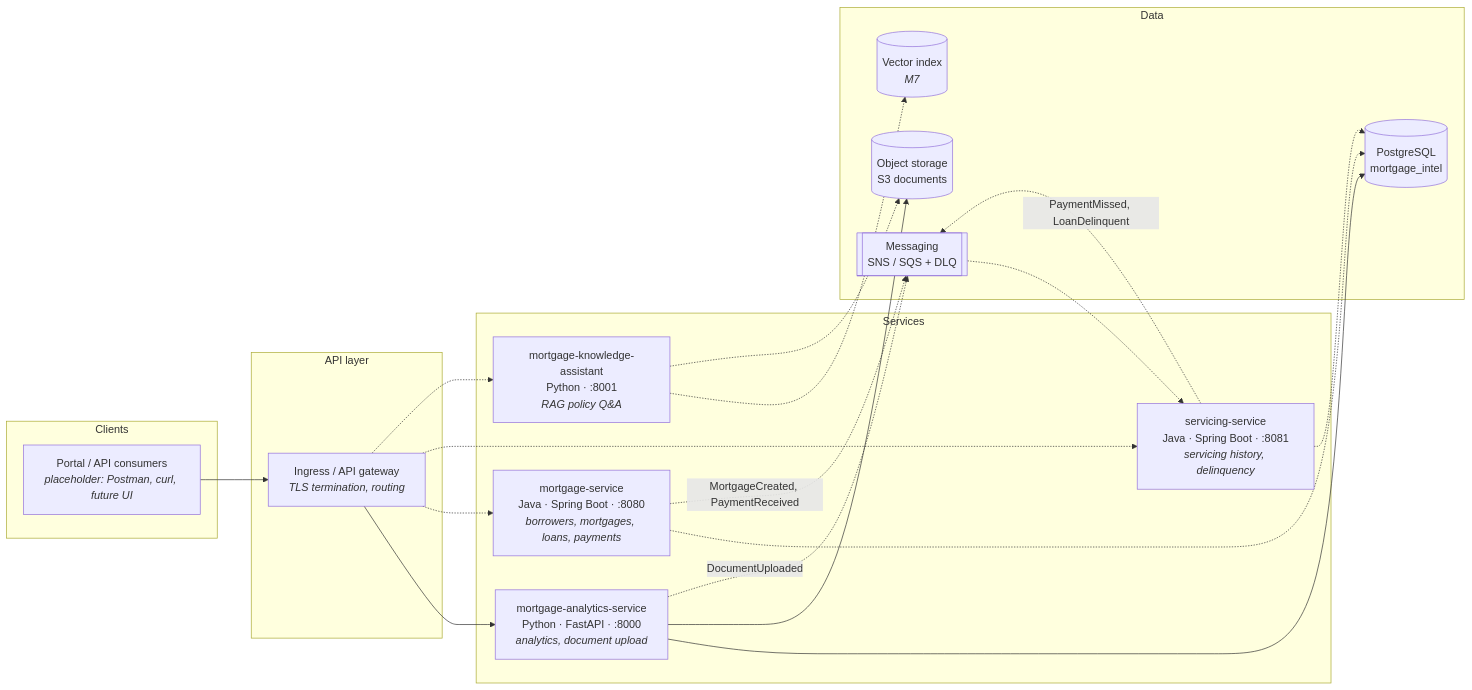
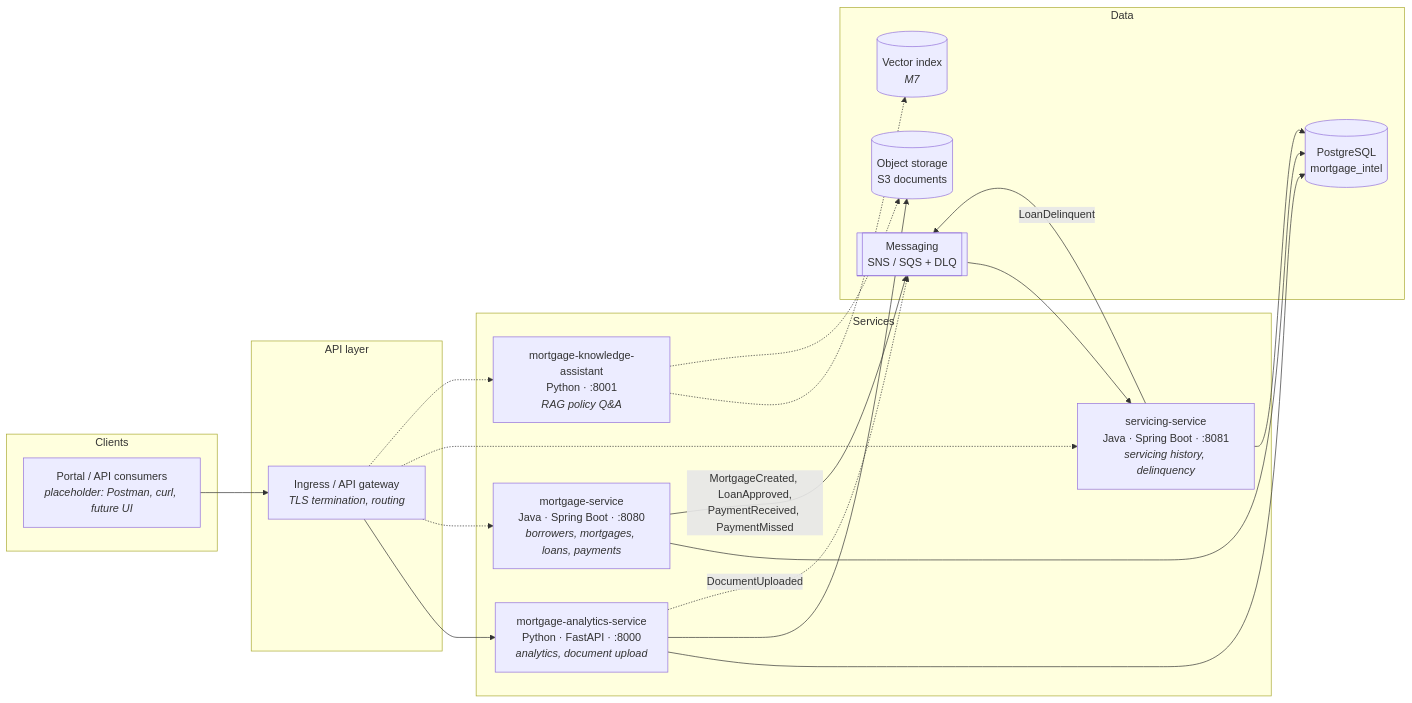
One commit to jeevssx/mortgage-intelligence-platform changed the diagram in docs/architecture/application-architecture.md. Above: the diagram before and after it, drawn with Mermaid. The commit also changed other lines of this file and 8 other files, not shown here.

First line of the commit message:
docs(m5): ADR-002, service ownership matrix, event catalog and schemas

````diff
--- a/docs/architecture/application-architecture.md
+++ b/docs/architecture/application-architecture.md
@@ -5,41 +5,41 @@
 ```mermaid
 flowchart LR
     subgraph Clients
         PORTAL[Portal / API consumers<br/><i>placeholder: Postman, curl, future UI</i>]
     end
 
     subgraph API["API layer"]
         GW[Ingress / API gateway<br/><i>TLS termination, routing</i>]
     end
 
     subgraph Services
         MS[mortgage-service<br/>Java · Spring Boot · :8080<br/><i>borrowers, mortgages, loans, payments</i>]
         SS[servicing-service<br/>Java · Spring Boot · :8081<br/><i>servicing history, delinquency</i>]
         AS[mortgage-analytics-service<br/>Python · FastAPI · :8000<br/><i>analytics, document upload</i>]
         AI[mortgage-knowledge-assistant<br/>Python · :8001<br/><i>RAG policy Q&A</i>]
     end
 
     subgraph Data
         PG[(PostgreSQL<br/>mortgage_intel)]
         S3[(Object storage<br/>S3 documents)]
         MQ[[Messaging<br/>SNS / SQS + DLQ]]
         VS[(Vector index<br/><i>M7</i>)]
     end
 
     PORTAL --> GW
     GW --> AS
     GW -.-> MS
     GW -.-> SS
     GW -.-> AI
 
     AS --> PG
     AS --> S3
     AS -.->|DocumentUploaded| MQ
-    MS -.-> PG
-    SS -.-> PG
-    MS -.->|MortgageCreated, PaymentReceived| MQ
-    MQ -.-> SS
-    SS -.->|PaymentMissed, LoanDelinquent| MQ
+    MS --> PG
+    SS --> PG
+    MS -->|MortgageCreated, LoanApproved,<br/>PaymentReceived, PaymentMissed| MQ
+    MQ --> SS
+    SS -->|LoanDelinquent| MQ
     AI -.-> VS
     AI -.-> S3
 ```
````
